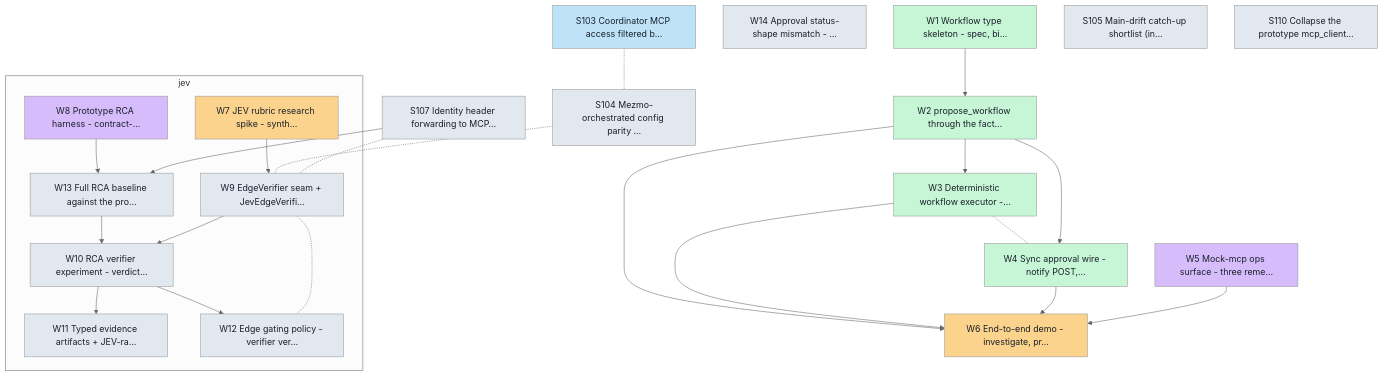
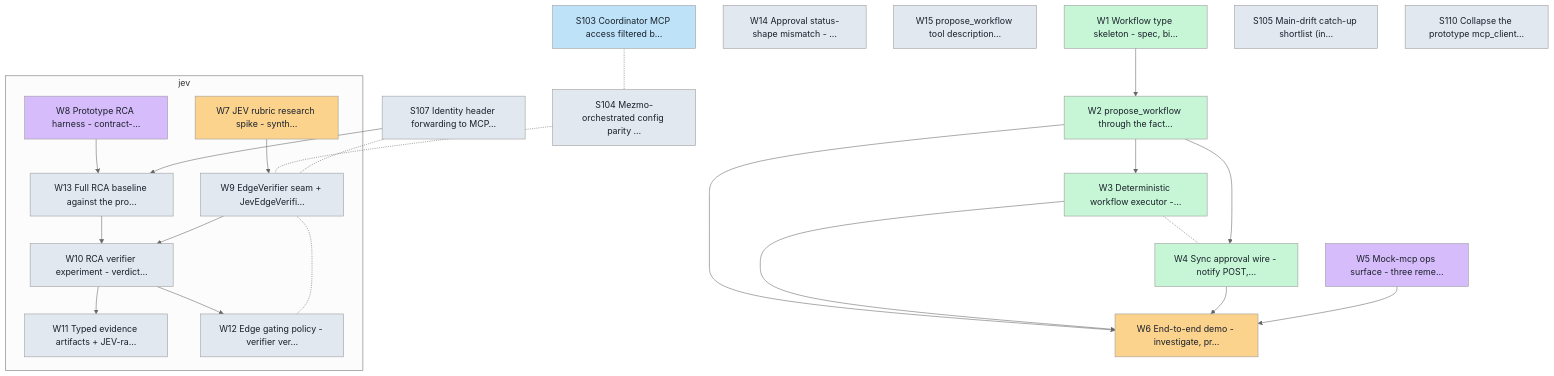
One commit to Shearerbeard/agent-driver-prototype changed the diagram in docs/board/cards/graph.md. Above: the diagram before and after it, drawn with Mermaid (neutral theme). The commit also changed 5 other files, not shown here.

First line of the commit message:
docs(board): w6 gate m run one - heal complete live, w15 minted for tool description drift

````diff
--- a/docs/board/cards/graph.md
+++ b/docs/board/cards/graph.md
@@ -8,48 +8,49 @@
 ```mermaid
 flowchart TD
   classDef backlog fill:#e2e8f0,color:#1a202c;
   classDef ready fill:#bee3f8,color:#1a202c;
   classDef inprogress fill:#fbd38d,color:#1a202c;
   classDef inreview fill:#d6bcfa,color:#1a202c;
   classDef done fill:#c6f6d5,color:#1a202c;
   subgraph lane_jev["jev"]
     W7["W7 JEV rubric research spike - synth…"]:::inprogress
     W8["W8 Prototype RCA harness - contract-…"]:::inreview
     W9["W9 EdgeVerifier seam + JevEdgeVerifi…"]:::backlog
     W10["W10 RCA verifier experiment - verdict…"]:::backlog
     W11["W11 Typed evidence artifacts + JEV-ra…"]:::backlog
     W12["W12 Edge gating policy - verifier ver…"]:::backlog
     W13["W13 Full RCA baseline against the pro…"]:::backlog
   end
   W1["W1 Workflow type skeleton - spec, bi…"]:::done
   W2["W2 propose_workflow through the fact…"]:::done
   W3["W3 Deterministic workflow executor -…"]:::done
   W4["W4 Sync approval wire - notify POST,…"]:::done
   W5["W5 Mock-mcp ops surface - three reme…"]:::inreview
   W6["W6 End-to-end demo - investigate, pr…"]:::inprogress
   W14["W14 Approval status-shape mismatch - …"]:::backlog
+  W15["W15 propose_workflow tool description…"]:::backlog
   S103["S103 Coordinator MCP access filtered b…"]:::ready
   S104["S104 Mezmo-orchestrated config parity …"]:::backlog
   S105["S105 Main-drift catch-up shortlist (in…"]:::backlog
   S107["S107 Identity header forwarding to MCP…"]:::backlog
   S110["S110 Collapse the prototype mcp_client…"]:::backlog
   W1 --> W2
   W2 --> W3
   W3 -.- W4
   W2 --> W4
   W2 --> W6
   W3 --> W6
   W4 --> W6
   W5 --> W6
   W7 --> W9
   W13 --> W10
   W9 --> W10
   W10 --> W11
   W10 --> W12
   W12 -.- W9
   W8 --> W13
   S107 --> W13
   S103 -.- S104
   S104 -.- W9
   S107 -.- W9
 ```
````
